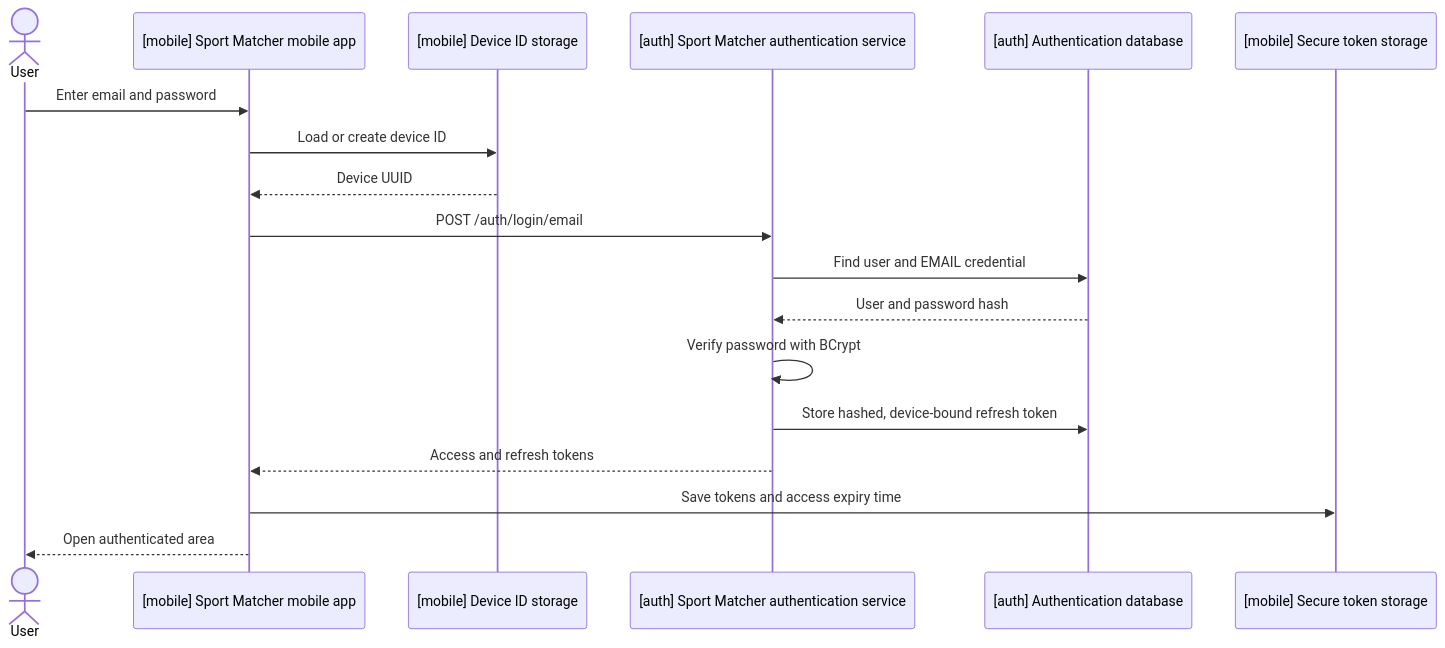
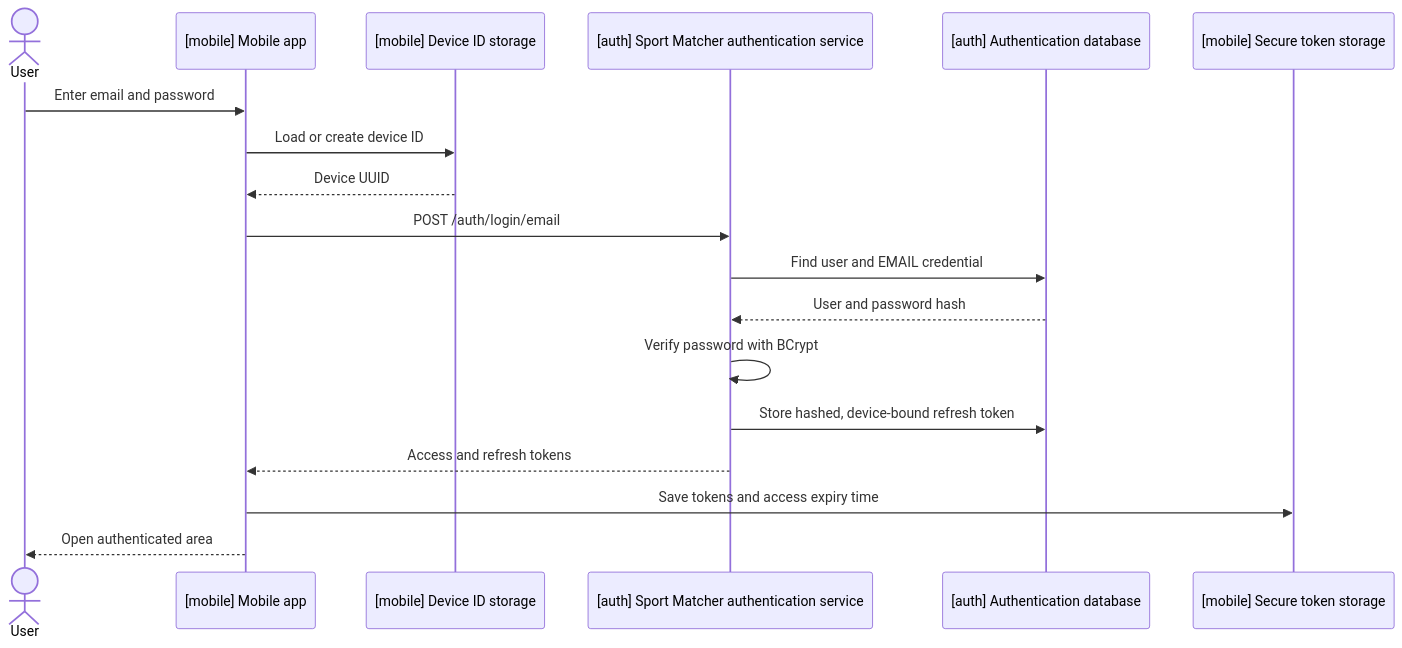
Before and after one commit to aurochs108/sport-matcher-docs: the diagram in docs/features/login.md, drawn with Mermaid.

Commit message:
docs: shorten mobile diagram label

````diff
--- a/docs/features/login.md
+++ b/docs/features/login.md
@@ -23,21 +23,21 @@
 ```mermaid
 sequenceDiagram
     actor User
-    participant Mobile as [mobile] Sport Matcher mobile app
+    participant Mobile as [mobile] Mobile app
     participant Device as [mobile] Device ID storage
     participant Auth as [auth] Sport Matcher authentication service
     participant DB as [auth] Authentication database
     participant Secure as [mobile] Secure token storage
 
     User->>Mobile: Enter email and password
     Mobile->>Device: Load or create device ID
     Device-->>Mobile: Device UUID
     Mobile->>Auth: POST /auth/login/email
     Auth->>DB: Find user and EMAIL credential
     DB-->>Auth: User and password hash
     Auth->>Auth: Verify password with BCrypt
     Auth->>DB: Store hashed, device-bound refresh token
     Auth-->>Mobile: Access and refresh tokens
     Mobile->>Secure: Save tokens and access expiry time
     Mobile-->>User: Open authenticated area
 ```
````
